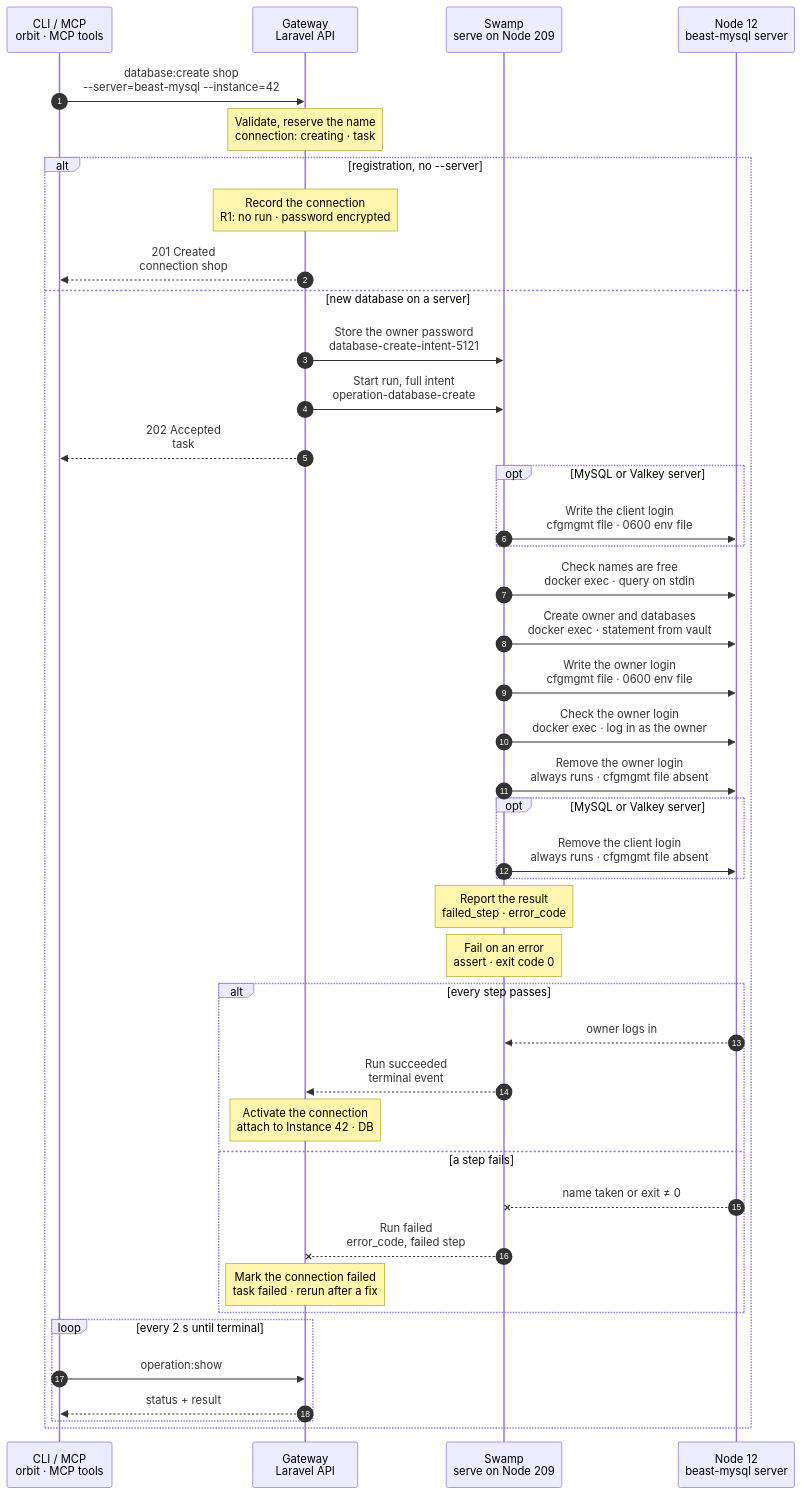
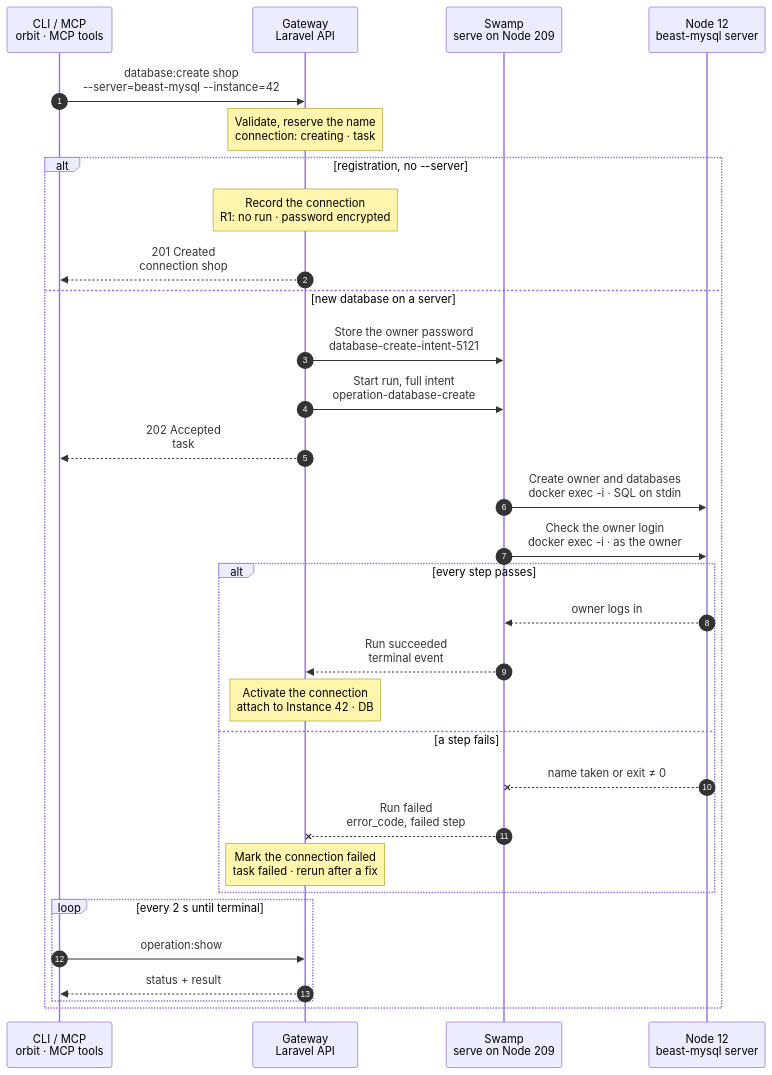
The diagram in docs/cli/database/create.mmd (hardimpactdev/orbit), drawn with Mermaid before and after one commit. The commit also changed 33 other files, not shown here.

First line of the commit message:
refactor(databases): database:create and database:destroy follow the pass-3 charts; MySQL gets the test pool

```diff
--- a/docs/cli/database/create.mmd
+++ b/docs/cli/database/create.mmd
@@ -1,153 +1,134 @@
 sequenceDiagram
-  %% Target design: ADR 0244 task, DECISIONS R1-R4, 5 (swamp role SSH identity), round 2 bugs (server admin password by its own vault key), flow-tighten, script audit Q-DBAUTH (one docker exec per action, statement on stdin) and Q-SECRET (login files via cfgmgmt file, always removed). docs/reference/database-servers.md.
+  %% Target design: ADR 0244 task, DECISIONS R1-R4, 5 (swamp role SSH identity), round 2 bugs (server admin password by its own vault key; the owner password is staged and always removed), flow-tighten. docs/reference/database-servers.md.
+  %% Tightened: flow-tighten 2026-11-02, rules 14, 16, 22 (one docker exec -i with SQL on stdin, no staged password or cleanup, no script read, report or assert step).
+  %% Decided: Nick 2026-11-02, the parallel test database pool (test_processes) applies to MySQL as to PostgreSQL; to verify against the code.
   %% status: draft
   %% command: database:create
   %% kind: database.create
   autonumber
   %% lane CLI icon=terminal pill=caller tone=gray
   %% lane GW icon=gateway pill=intent tone=blue
   %% lane SW icon=workflow pill=executes tone=green
   %% lane N icon=server pill=target tone=amber
   participant CLI as CLI / MCP<br/>orbit · MCP tools
   participant GW as Gateway<br/>Laravel API
   participant SW as Swamp<br/>serve on Node 209
   participant N as Node 12<br/>beast-mysql server
   CLI->>GW: database:create shop<br/>--server=beast-mysql --instance=42
   %%> Command:
   %%> - `orbit database:create shop --server=beast-mysql --instance=42`
   %%> - syntax: `<slug> --server=SERVER [--instance=ID] [--locale=C|C.UTF-8] [--test-processes=N]`
   %%> - or, to register an existing database: `<slug> --driver=DRIVER [--host=HOST] [--port=PORT] [--database=NAME] [--path=PATH] [--username=USER] [--password=SECRET] [--node=NODE]`
   %%> - on a Valkey server: `<slug> --server=SERVER --pattern=PATTERN ... --allow=RULE ... [--database=INDEX]`
   %%> Input:
   %%> - the connection slug as the argument: lowercase kebab, at most 63 characters
   %%> - with `--server`: the Database server that gets the new database
   %%> - with `--instance`: the Instance that owns the database and gets it attached under prefix `DB`
   %%> Who can call it:
   %%> - the `orbit` CLI and the MCP tool send the same request
   Note over GW: Validate, reserve the name<br/>connection: creating · task #5121
   %%> Requirements:
   %%> - the slug `shop` is free (`database.slug_conflict`)
   %%> - with `--server`: Database server `beast-mysql` is active, and your Node has an access grant to Node 12
   %%> - with `--instance`: Instance 42 exists, and the server is MySQL or PostgreSQL (`database.driver_unsupported` for Valkey)
-  %%> - `--locale` and `--test-processes` only on PostgreSQL; `--pattern` and `--allow` only on Valkey
+  %%> - `--locale` only on PostgreSQL; `--test-processes` on MySQL and PostgreSQL; `--pattern` and `--allow` only on Valkey
   %%> - no database removal runs on `beast-mysql`; the Gateway holds one lock per Database server
   %%> Builds:
   %%> - the names from the slug: database `shop`, test database `shop_test`, owner `<project>_<instance>`
   %%> - a new owner password, or the existing one when Instance 42 already has an owner on this server
   %%> Decides:
   %%> - whether this is a registration of an existing database, or a new database on a server
   alt registration, no --server
     Note over GW: Record the connection<br/>R1: no run · password encrypted
     %%> When:
     %%> - `--driver` registers a database that already exists, for example on another host or a SQLite file
     %%> Result:
     %%> - connection `shop` is recorded, with its password encrypted
     %%> - no task and no Swamp run start (R1); nothing changes on any Node
     GW-->>CLI: 201 Created<br/>connection shop
     %%> What you get:
     %%> - the connection record at once; there is nothing to follow
   else new database on a server
     GW->>SW: Store the owner password<br/>database-create-intent-5121
     %%> What it does:
-    %%> - puts the owner password into the Swamp vault on Node 209, after the task is committed (R3)
-    %%> Not included:
-    %%> - the server's admin password; it is already in the vault under the server's own key `database-server-3-admin`
+    %%> - puts two whole values into the Swamp vault on Node 209, after the task is committed (R3)
+    %%> - `database-create-intent-5121`: the admin password line, then the create batch with the owner password inside
+    %%> - `database-create-owner-5121`: the owner password line, then the owner check
     %%> Why:
     %%> - secrets go Gateway → vault → step; workflow inputs carry only vault key names
     GW->>SW: Start run, full intent<br/>operation-database-create
     %%> What it does:
     %%> - starts one Swamp run on serve (Node 209)
     %%> Inputs:
     %%> - the driver, database names, owner name, test pool size and locale
     %%> - the vault key names `database-create-intent-5121` and `database-server-3-admin`
     %%> - Node 12's address and SSH host keys; the SSH identity comes from the `swamp` role
     GW-->>CLI: 202 Accepted<br/>task #5121
     %%> What you get:
     %%> - the task number, at once
     %%> Next:
     %%> - the CLI follows the task with `operation:show`
-    opt MySQL or Valkey server
-      SW->>N: Write the client login<br/>cfgmgmt file · 0600 env file
-      %%> What it does:
-      %%> - writes the server's admin login, from its vault key `database-server-3-client-env`, to a root-only 0600 file
-      %%> Why:
-      %%> - `docker exec --env-file` hands it to the client; it never enters argv, stdin or a statement
-      %%> Not included:
-      %%> - PostgreSQL uses local trust inside the container and needs no login
-    end
-    SW->>N: Check names are free<br/>docker exec · query on stdin
+    SW->>N: Create owner and databases<br/>docker exec -i · SQL on stdin
     %%> How:
-    %%> - one `docker exec -i` with the statement the Gateway rendered on standard input
+    %%> - Swamp reaches Node 12 over SSH from 209 with the official `@swamp/ssh` behavior and the `swamp` role's SSH identity; nothing is copied to the Node
+    %%> - one `docker exec -i` into the server container per statement batch, with the statements on stdin; the owner password from `vault.get` sits inside the SQL, never in argv or a file
+    %%> - admin login: inside the container, the first stdin line is the admin password, read into the client's password variable, never in argv or a file
+    %%> What it does, in order:
+    %%> - creates the owner login, or keeps it when it already exists with this password
+    %%> - creates the primary database, and with `--instance` the test database
+    %%> - grants the owner its databases and test databases, nothing else
+    %%> Refuses:
+    %%> - a name the server already has for something else (`database.name_conflict`); the batch refuses by itself before any change, so no read runs first, and prints the refusal for the Gateway
+    %%> Per driver:
+    %%> - MySQL, PostgreSQL: one owner per Instance on a server; a second database for Instance 42 reuses it
+    %%> - MySQL, PostgreSQL with `--instance`: also the parallel test pool `shop_test_test_1` to `_8` (`--test-processes`)
+    %%> - MySQL: one grant per database, plus one for the test prefix, which covers the pool
+    %%> - PostgreSQL: the chosen locale and `TEMPLATE template0`; revokes PUBLIC access, then grants the public schema to the owner
+    %%> - Valkey: `CONFIG GET databases`, then `ACL SETUSER shop reset on #<hash> resetchannels ~<pattern> -@all +<rule> -@admin -@dangerous -function -script`, then `ACL SAVE`; the Gateway checks index 1 against the live count
+    %%> - Valkey with `--allow=flushdb`: `+flushdb` follows the final deny; give the user its own `--database` index
+    SW->>N: Check the owner login<br/>docker exec -i · as the owner
     %%> What it does:
-    %%> - finds a planned database that exists for another owner, or a role with superuser-like rights
-    %%> - Valkey: reads the server's database count for `--database`
-    %%> Refuses:
-    %%> - `database.name_conflict`, or `database.index_invalid` on Valkey; nothing changes
-    SW->>N: Create owner and databases<br/>docker exec · statement from vault
-    %%> What it does:
-    %%> - runs the create statement the Gateway put in the vault, because it carries the owner's password
-    %%> Per driver:
-    %%> - MySQL: `CREATE USER IF NOT EXISTS`, `CREATE DATABASE IF NOT EXISTS`, one grant per database and one for the test prefix
-    %%> - PostgreSQL: the role with a SCRAM verifier, each database with `TEMPLATE template0` and the chosen locale, PUBLIC revoked, the public schema granted
-    %%> - Valkey: `ACL SETUSER shop reset on #<hash> resetchannels ~<pattern> -@all +<rule> -@admin -@dangerous -function -script`, then `ACL SAVE`
-    SW->>N: Write the owner login<br/>cfgmgmt file · 0600 env file
-    %%> What it does:
-    %%> - writes the owner's own login to a second root-only 0600 file
-    SW->>N: Check the owner login<br/>docker exec · log in as the owner
-    %%> What it does:
-    %%> - logs in as the owner over TCP with its own password
+    %%> - logs in as the owner, password as the first stdin line, and reads its own name; the Gateway checks the answer
     %%> Why:
-    %%> - the connection only counts as active when the server accepts it
-    SW->>N: Remove the owner login<br/>always runs · cfgmgmt file absent
-    %%> When:
-    %%> - always, whether the steps above passed or failed
-    opt MySQL or Valkey server
-      SW->>N: Remove the client login<br/>always runs · cfgmgmt file absent
-      %%> When:
-      %%> - always, as the last Node step
-    end
-    Note over SW: Report the result<br/>failed_step · error_code
-    %%> What it does:
-    %%> - maps the first failed step to its error code, for example `database.name_conflict`
-    Note over SW: Fail on an error<br/>assert · exit code 0
-    %%> What it does:
-    %%> - fails the run when the report holds an `error_code`, so the task fails with that code
+    %%> - the connection only counts as active when the server accepts it; this is the one end check
+    %%> Not included:
+    %%> - no staged password file, so no cleanup step; no report or assert step
     alt every step passes
       N-->>SW: owner logs in
       %%> Returns:
       %%> - the check passed for every database
       SW-->>GW: Run succeeded<br/>terminal event
       %%> How the Gateway learns it:
       %%> - its shared run reader sees the terminal event; Swamp never calls the Gateway
       Note over GW: Activate the connection<br/>attach to Instance 42 · DB
       %%> Result:
       %%> - connection `shop` becomes active, linked to `beast-mysql`, with Node 12's address and port
       %%> - with `--instance`: Instance 42 owns it and gets its `DB_*` keys; run `env:sync` to install them
       %%> - task #5121 succeeds
     else a step fails
       N--xSW: name taken or exit ≠ 0
       %%> When:
       %%> - a name is taken, SQL fails, SSH fails, or the owner cannot log in
       SW--xGW: Run failed<br/>error_code, failed step
       %%> The Gateway reads:
-      %%> - which step failed and its error code
+      %%> - which step failed and its exit code, mapped to `error_code` such as `database.name_conflict`
       Note over GW: Mark the connection failed<br/>task failed · rerun after a fix
       %%> Result:
       %%> - connection `shop` stays reserved, marked failed, with its encrypted owner password
       %%> - task #5121 fails
       %%> On the Node:
       %%> - an owner or database created before the failure stays; there is no rollback
       %%> - that is safe: the name check accepts objects that already belong to this connection
       %%> Retry:
       %%> - run the same command again; it reuses the reservation and finishes the missing steps
       %%> - a changed request is a conflict (`database.slug_conflict`)
     end
     loop every 2 s until terminal
       CLI->>GW: operation:show #5121
       %%> What it does:
       %%> - asks for the task's status every 2 seconds until it has ended
       GW-->>CLI: status + result
       %%> Returns:
       %%> - the current status, and the result once the task has ended
     end
   end
```
